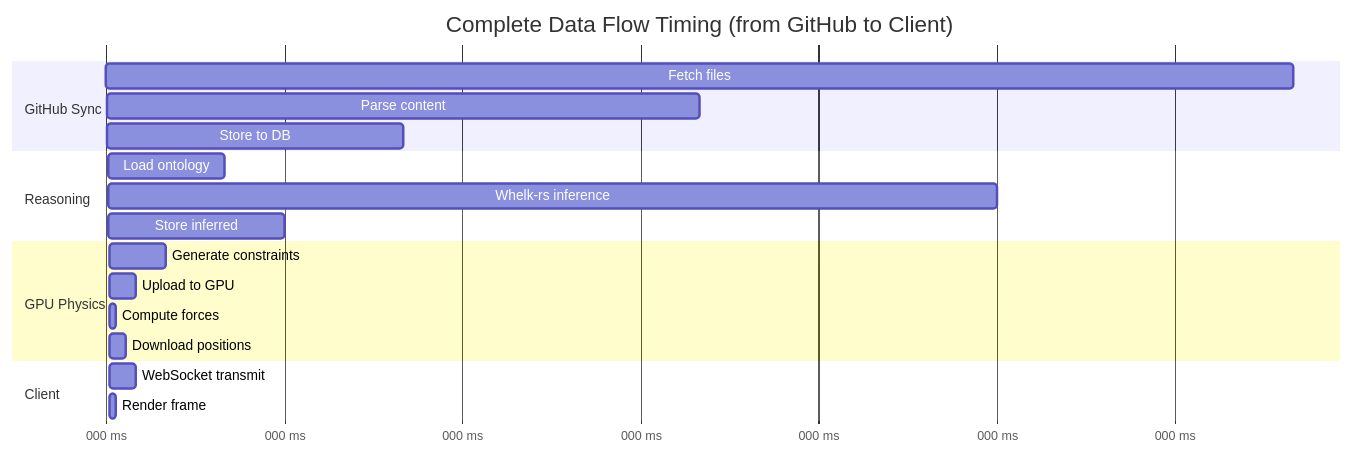
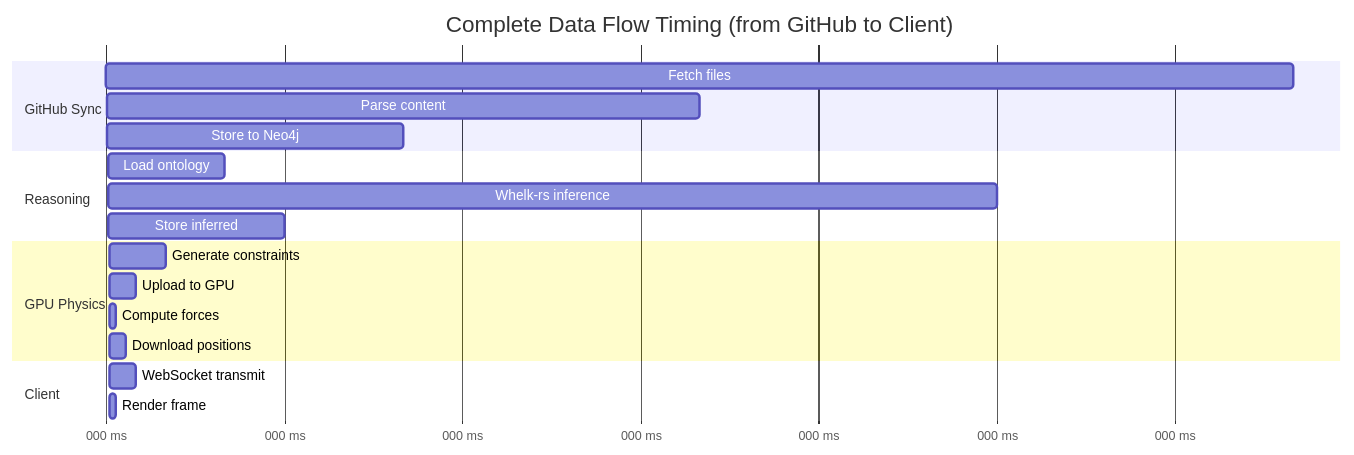
The sixth of 7 diagrams in docs/explanation/architecture/data-flow.md (DreamLab-AI/VisionFlow), drawn with Mermaid before and after one commit. The commit also changed other lines of this file and 22 other files, not shown here.

````diff
--- a/docs/explanation/architecture/data-flow.md
+++ b/docs/explanation/architecture/data-flow.md
@@ -475,26 +492,26 @@
 ```mermaid
 gantt
     title Complete Data Flow Timing (from GitHub to Client)
     dateFormat X
     axisFormat %L ms
 
     section GitHub Sync
     Fetch files          :0, 2000
     Parse content        :2000, 1000
-    Store to DB          :3000, 500
+    Store to Neo4j       :3000, 500
 
     section Reasoning
     Load ontology        :3500, 200
     Whelk-rs inference   :3700, 1500
     Store inferred       :5200, 300
 
     section GPU Physics
     Generate constraints :5500, 100
     Upload to GPU        :5600, 50
     Compute forces       :5650, 16
     Download positions   :5666, 34
 
     section Client
     WebSocket transmit   :5700, 50
     Render frame         :5750, 16
 ```
````
